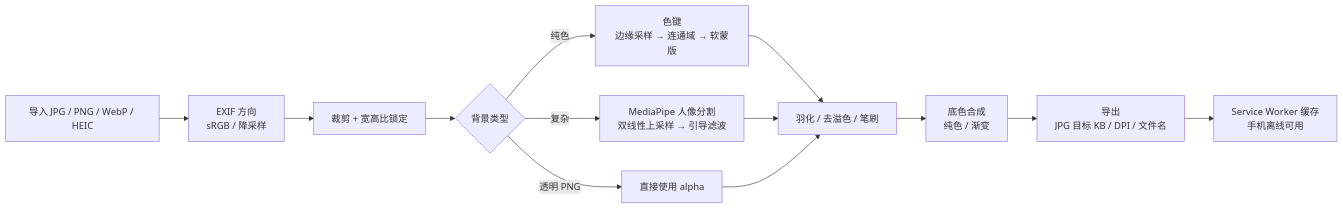
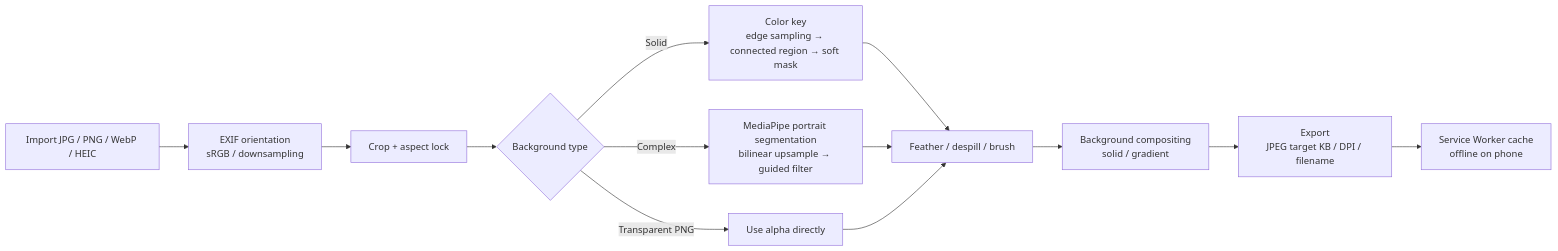
The diagram in README.md (jmlistening/id-photo-studio), drawn with Mermaid before and after one commit. The commit also changed other lines of this file and 2 other files, not shown here.

````diff
--- a/README.md
+++ b/README.md
@@ -186,15 +188,15 @@
 ```mermaid
 flowchart LR
-  A["导入 JPG / PNG / WebP / HEIC"] --> B["EXIF 方向<br/>sRGB / 降采样"]
-  B --> C["裁剪 + 宽高比锁定"]
-  C --> D{"背景类型"}
-  D -->|"纯色"| E["色键<br/>边缘采样 → 连通域 → 软蒙版"]
-  D -->|"复杂"| F["MediaPipe 人像分割<br/>双线性上采样 → 引导滤波"]
-  D -->|"透明 PNG"| G["直接使用 alpha"]
-  E --> H["羽化 / 去溢色 / 笔刷"]
+  A["Import JPG / PNG / WebP / HEIC"] --> B["EXIF orientation<br/>sRGB / downsampling"]
+  B --> C["Crop + aspect lock"]
+  C --> D{"Background type"}
+  D -->|"Solid"| E["Color key<br/>edge sampling → connected region → soft mask"]
+  D -->|"Complex"| F["MediaPipe portrait segmentation<br/>bilinear upsample → guided filter"]
+  D -->|"Transparent PNG"| G["Use alpha directly"]
+  E --> H["Feather / despill / brush"]
   F --> H
   G --> H
-  H --> I["底色合成<br/>纯色 / 渐变"]
-  I --> J["导出<br/>JPG 目标 KB / DPI / 文件名"]
-  J --> K["Service Worker 缓存<br/>手机离线可用"]
+  H --> I["Background compositing<br/>solid / gradient"]
+  I --> J["Export<br/>JPEG target KB / DPI / filename"]
+  J --> K["Service Worker cache<br/>offline on phone"]
 ```
````
